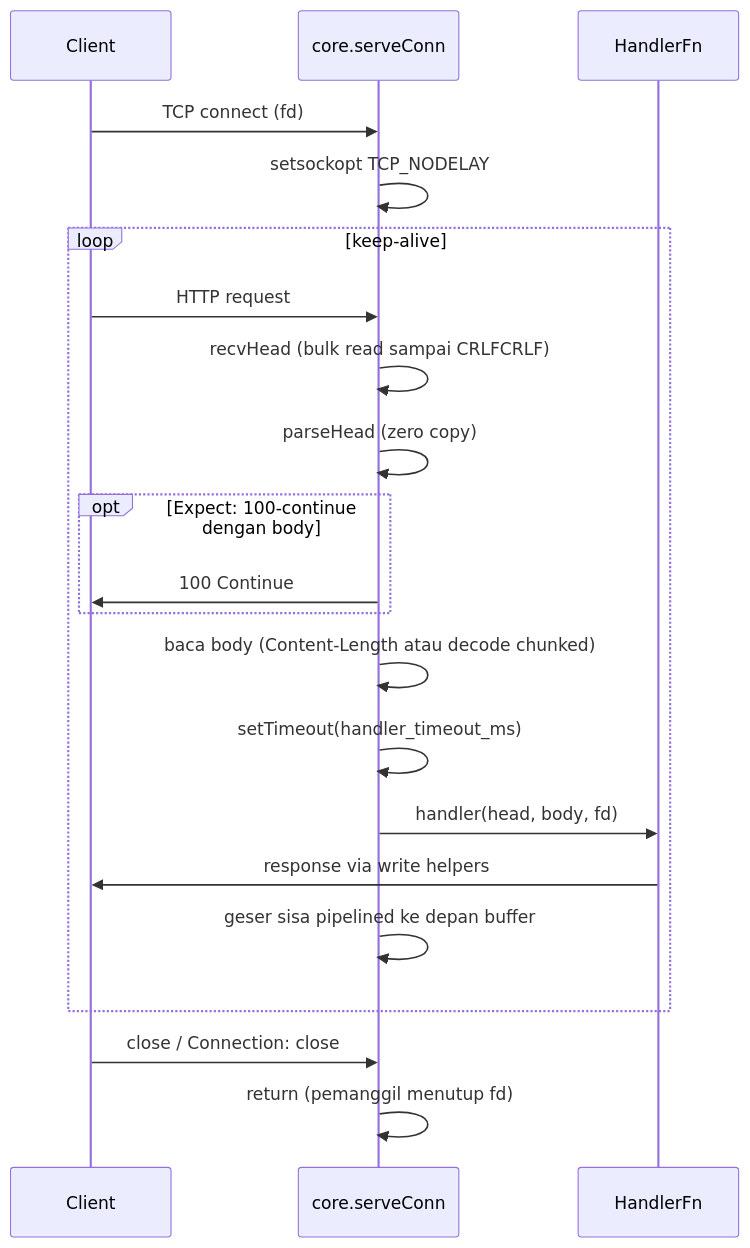
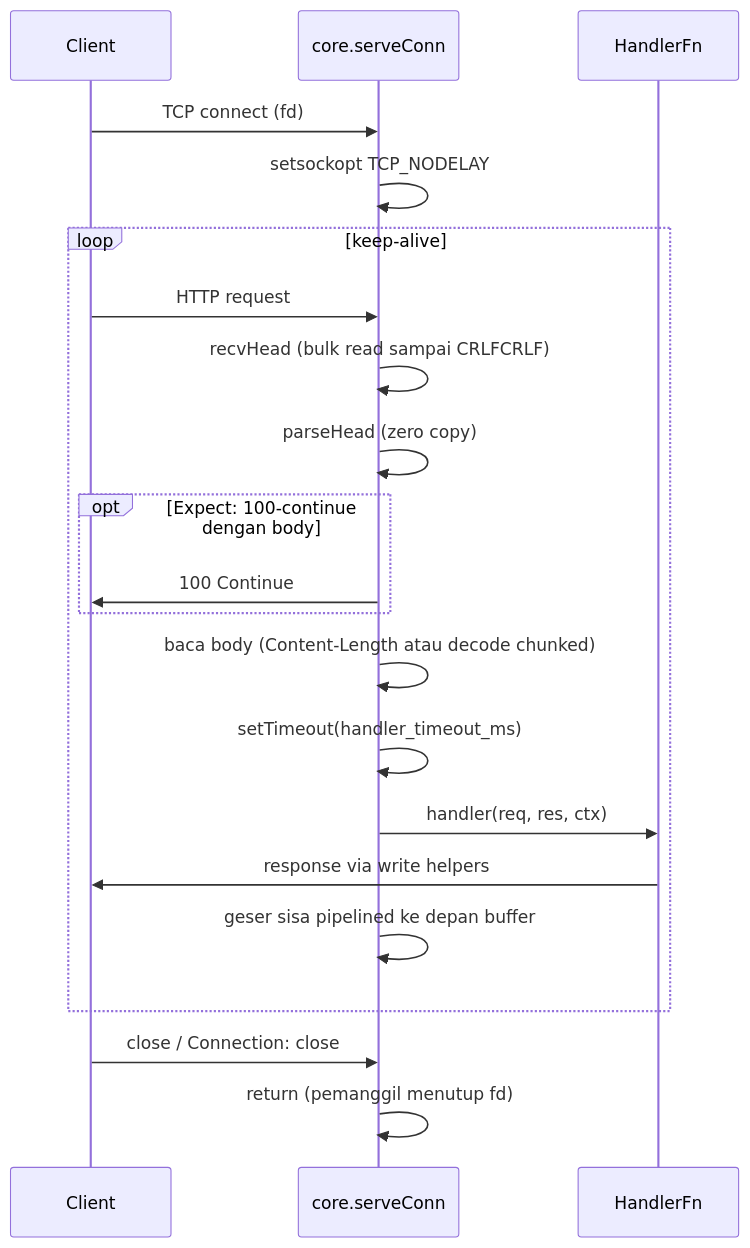
The fifth of 6 diagrams in docs/hld-http1-id.md (prothegee/zix), drawn with Mermaid before and after one commit. The commit also changed other lines of this file and 1 other file, not shown here.

````diff
--- a/docs/hld-http1-id.md
+++ b/docs/hld-http1-id.md
@@ -268,26 +280,26 @@
 ```mermaid
 sequenceDiagram
     participant Client
     participant Serve as core.serveConn
     participant Handler as HandlerFn
 
     Client->>Serve: TCP connect (fd)
     Serve->>Serve: setsockopt TCP_NODELAY
 
     loop keep-alive
         Client->>Serve: HTTP request
         Serve->>Serve: recvHead (bulk read sampai CRLFCRLF)
         Serve->>Serve: parseHead (zero copy)
         opt Expect: 100-continue dengan body
             Serve->>Client: 100 Continue
         end
         Serve->>Serve: baca body (Content-Length atau decode chunked)
         Serve->>Serve: setTimeout(handler_timeout_ms)
-        Serve->>Handler: handler(head, body, fd)
+        Serve->>Handler: handler(req, res, ctx)
         Handler->>Client: response via write helpers
         Serve->>Serve: geser sisa pipelined ke depan buffer
     end
 
     Client->>Serve: close / Connection: close
     Serve->>Serve: return (pemanggil menutup fd)
 ```
````
